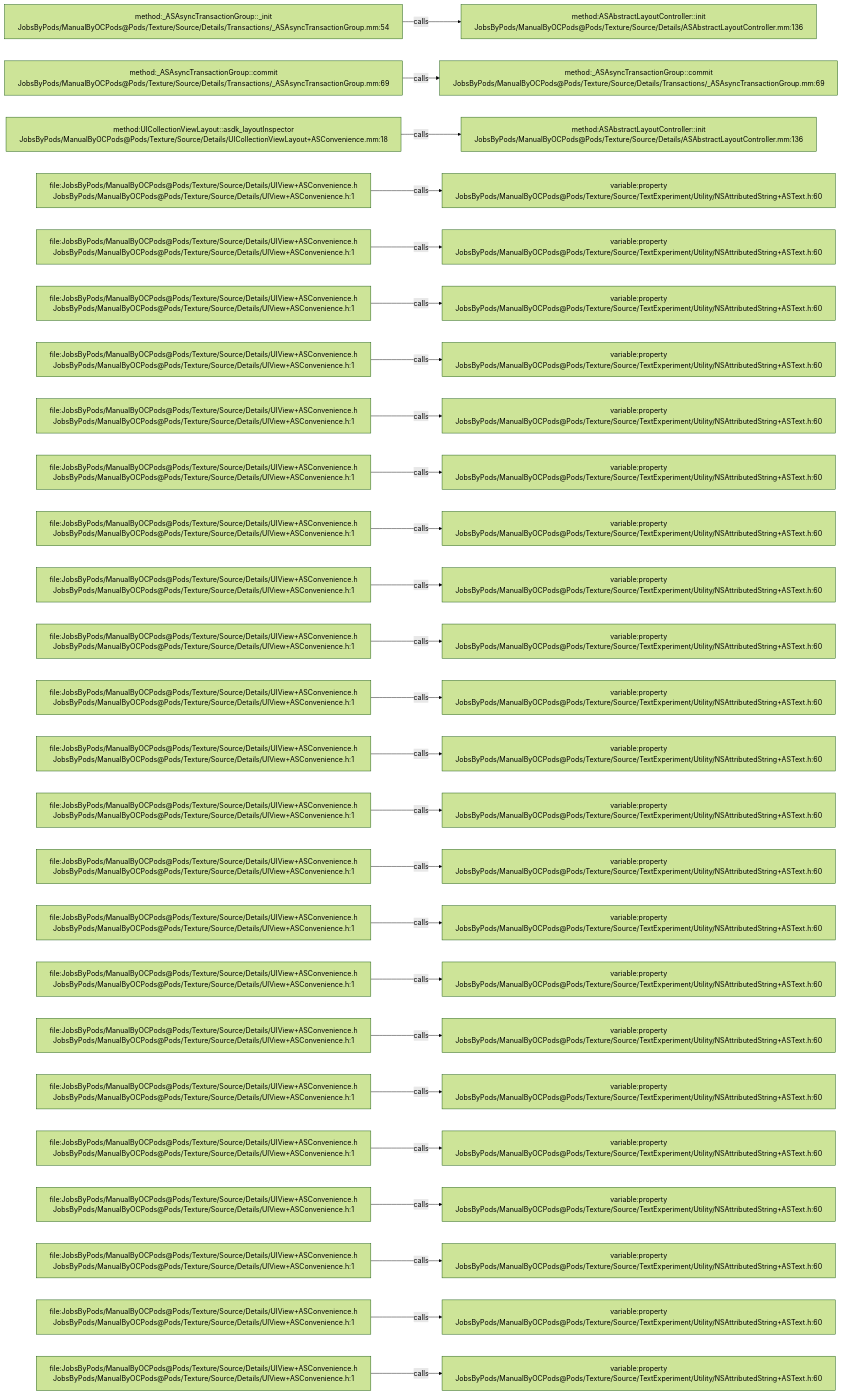
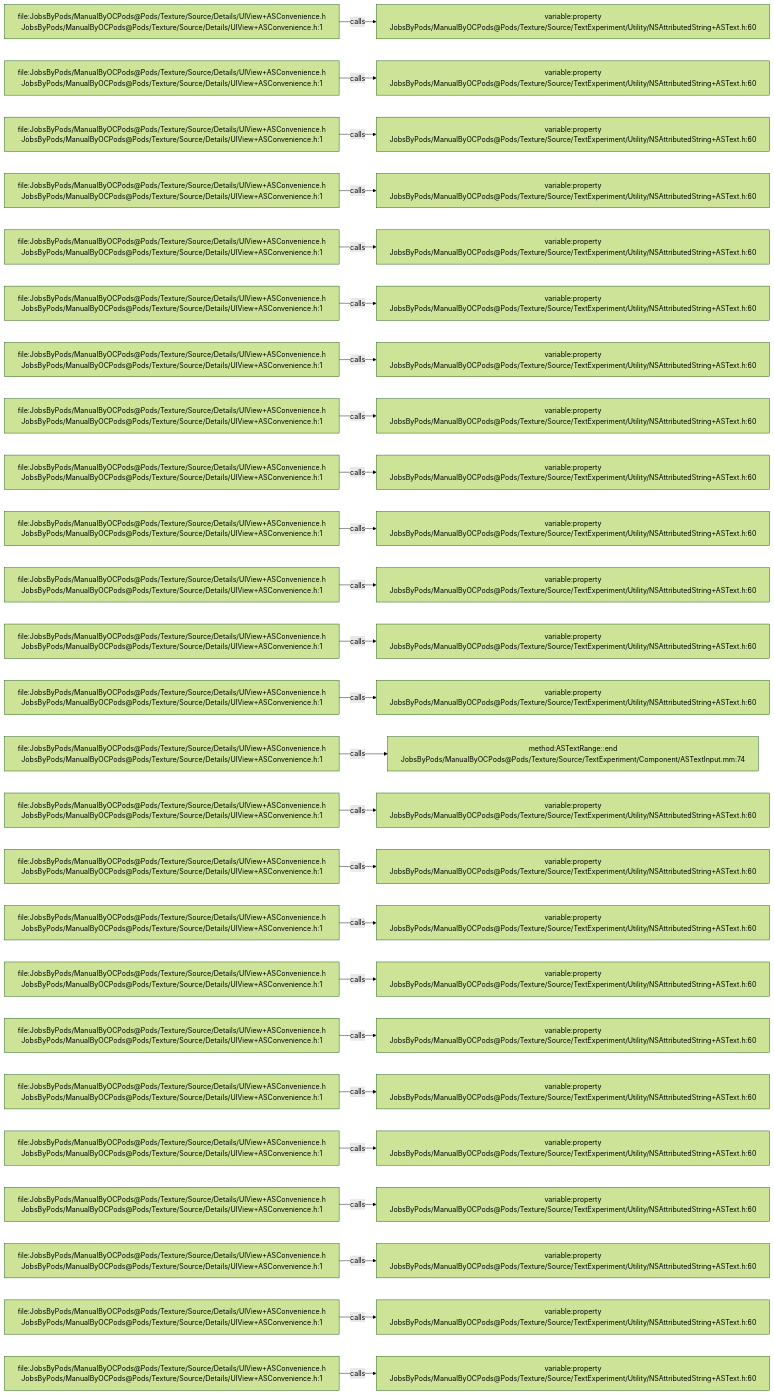
Before and after one commit to JobsKits/JobsOCBaseConfigDemo: the diagram in .codegraph/codegraph.md/graphs/calls-171.md, drawn with Mermaid (forest theme). The commit also changed 296 other files, not shown here.

````diff
--- a/.codegraph/codegraph.md/graphs/calls-171.md
+++ b/.codegraph/codegraph.md/graphs/calls-171.md
@@ -13,78 +13,78 @@
 ```mermaid
 flowchart LR
-  S1["method:_ASAsyncTransactionGroup::_init<br/>JobsByPods/ManualByOCPods@Pods/Texture/Source/Details/Transactions/_ASAsyncTransactionGroup.mm:54"]
-  T1["method:ASAbstractLayoutController::init<br/>JobsByPods/ManualByOCPods@Pods/Texture/Source/Details/ASAbstractLayoutController.mm:136"]
+  S1["file:JobsByPods/ManualByOCPods@Pods/Texture/Source/Details/UIView+ASConvenience.h<br/>JobsByPods/ManualByOCPods@Pods/Texture/Source/Details/UIView+ASConvenience.h:1"]
+  T1["variable:property<br/>JobsByPods/ManualByOCPods@Pods/Texture/Source/TextExperiment/Utility/NSAttributedString+ASText.h:60"]
   S1 -->|calls| T1
-  S2["method:_ASAsyncTransactionGroup::commit<br/>JobsByPods/ManualByOCPods@Pods/Texture/Source/Details/Transactions/_ASAsyncTransactionGroup.mm:69"]
-  T2["method:_ASAsyncTransactionGroup::commit<br/>JobsByPods/ManualByOCPods@Pods/Texture/Source/Details/Transactions/_ASAsyncTransactionGroup.mm:69"]
+  S2["file:JobsByPods/ManualByOCPods@Pods/Texture/Source/Details/UIView+ASConvenience.h<br/>JobsByPods/ManualByOCPods@Pods/Texture/Source/Details/UIView+ASConvenience.h:1"]
+  T2["variable:property<br/>JobsByPods/ManualByOCPods@Pods/Texture/Source/TextExperiment/Utility/NSAttributedString+ASText.h:60"]
   S2 -->|calls| T2
-  S3["method:UICollectionViewLayout::asdk_layoutInspector<br/>JobsByPods/ManualByOCPods@Pods/Texture/Source/Details/UICollectionViewLayout+ASConvenience.mm:18"]
-  T3["method:ASAbstractLayoutController::init<br/>JobsByPods/ManualByOCPods@Pods/Texture/Source/Details/ASAbstractLayoutController.mm:136"]
+  S3["file:JobsByPods/ManualByOCPods@Pods/Texture/Source/Details/UIView+ASConvenience.h<br/>JobsByPods/ManualByOCPods@Pods/Texture/Source/Details/UIView+ASConvenience.h:1"]
+  T3["variable:property<br/>JobsByPods/ManualByOCPods@Pods/Texture/Source/TextExperiment/Utility/NSAttributedString+ASText.h:60"]
   S3 -->|calls| T3
   S4["file:JobsByPods/ManualByOCPods@Pods/Texture/Source/Details/UIView+ASConvenience.h<br/>JobsByPods/ManualByOCPods@Pods/Texture/Source/Details/UIView+ASConvenience.h:1"]
   T4["variable:property<br/>JobsByPods/ManualByOCPods@Pods/Texture/Source/TextExperiment/Utility/NSAttributedString+ASText.h:60"]
   S4 -->|calls| T4
   S5["file:JobsByPods/ManualByOCPods@Pods/Texture/Source/Details/UIView+ASConvenience.h<br/>JobsByPods/ManualByOCPods@Pods/Texture/Source/Details/UIView+ASConvenience.h:1"]
   T5["variable:property<br/>JobsByPods/ManualByOCPods@Pods/Texture/Source/TextExperiment/Utility/NSAttributedString+ASText.h:60"]
   S5 -->|calls| T5
   S6["file:JobsByPods/ManualByOCPods@Pods/Texture/Source/Details/UIView+ASConvenience.h<br/>JobsByPods/ManualByOCPods@Pods/Texture/Source/Details/UIView+ASConvenience.h:1"]
   T6["variable:property<br/>JobsByPods/ManualByOCPods@Pods/Texture/Source/TextExperiment/Utility/NSAttributedString+ASText.h:60"]
   S6 -->|calls| T6
   S7["file:JobsByPods/ManualByOCPods@Pods/Texture/Source/Details/UIView+ASConvenience.h<br/>JobsByPods/ManualByOCPods@Pods/Texture/Source/Details/UIView+ASConvenience.h:1"]
   T7["variable:property<br/>JobsByPods/ManualByOCPods@Pods/Texture/Source/TextExperiment/Utility/NSAttributedString+ASText.h:60"]
   S7 -->|calls| T7
   S8["file:JobsByPods/ManualByOCPods@Pods/Texture/Source/Details/UIView+ASConvenience.h<br/>JobsByPods/ManualByOCPods@Pods/Texture/Source/Details/UIView+ASConvenience.h:1"]
   T8["variable:property<br/>JobsByPods/ManualByOCPods@Pods/Texture/Source/TextExperiment/Utility/NSAttributedString+ASText.h:60"]
   S8 -->|calls| T8
   S9["file:JobsByPods/ManualByOCPods@Pods/Texture/Source/Details/UIView+ASConvenience.h<br/>JobsByPods/ManualByOCPods@Pods/Texture/Source/Details/UIView+ASConvenience.h:1"]
   T9["variable:property<br/>JobsByPods/ManualByOCPods@Pods/Texture/Source/TextExperiment/Utility/NSAttributedString+ASText.h:60"]
   S9 -->|calls| T9
   S10["file:JobsByPods/ManualByOCPods@Pods/Texture/Source/Details/UIView+ASConvenience.h<br/>JobsByPods/ManualByOCPods@Pods/Texture/Source/Details/UIView+ASConvenience.h:1"]
   T10["variable:property<br/>JobsByPods/ManualByOCPods@Pods/Texture/Source/TextExperiment/Utility/NSAttributedString+ASText.h:60"]
   S10 -->|calls| T10
   S11["file:JobsByPods/ManualByOCPods@Pods/Texture/Source/Details/UIView+ASConvenience.h<br/>JobsByPods/ManualByOCPods@Pods/Texture/Source/Details/UIView+ASConvenience.h:1"]
   T11["variable:property<br/>JobsByPods/ManualByOCPods@Pods/Texture/Source/TextExperiment/Utility/NSAttributedString+ASText.h:60"]
   S11 -->|calls| T11
   S12["file:JobsByPods/ManualByOCPods@Pods/Texture/Source/Details/UIView+ASConvenience.h<br/>JobsByPods/ManualByOCPods@Pods/Texture/Source/Details/UIView+ASConvenience.h:1"]
   T12["variable:property<br/>JobsByPods/ManualByOCPods@Pods/Texture/Source/TextExperiment/Utility/NSAttributedString+ASText.h:60"]
   S12 -->|calls| T12
   S13["file:JobsByPods/ManualByOCPods@Pods/Texture/Source/Details/UIView+ASConvenience.h<br/>JobsByPods/ManualByOCPods@Pods/Texture/Source/Details/UIView+ASConvenience.h:1"]
   T13["variable:property<br/>JobsByPods/ManualByOCPods@Pods/Texture/Source/TextExperiment/Utility/NSAttributedString+ASText.h:60"]
   S13 -->|calls| T13
   S14["file:JobsByPods/ManualByOCPods@Pods/Texture/Source/Details/UIView+ASConvenience.h<br/>JobsByPods/ManualByOCPods@Pods/Texture/Source/Details/UIView+ASConvenience.h:1"]
-  T14["variable:property<br/>JobsByPods/ManualByOCPods@Pods/Texture/Source/TextExperiment/Utility/NSAttributedString+ASText.h:60"]
+  T14["method:ASTextRange::end<br/>JobsByPods/ManualByOCPods@Pods/Texture/Source/TextExperiment/Component/ASTextInput.mm:74"]
   S14 -->|calls| T14
   S15["file:JobsByPods/ManualByOCPods@Pods/Texture/Source/Details/UIView+ASConvenience.h<br/>JobsByPods/ManualByOCPods@Pods/Texture/Source/Details/UIView+ASConvenience.h:1"]
   T15["variable:property<br/>JobsByPods/ManualByOCPods@Pods/Texture/Source/TextExperiment/Utility/NSAttributedString+ASText.h:60"]
   S15 -->|calls| T15
   S16["file:JobsByPods/ManualByOCPods@Pods/Texture/Source/Details/UIView+ASConvenience.h<br/>JobsByPods/ManualByOCPods@Pods/Texture/Source/Details/UIView+ASConvenience.h:1"]
   T16["variable:property<br/>JobsByPods/ManualByOCPods@Pods/Texture/Source/TextExperiment/Utility/NSAttributedString+ASText.h:60"]
   S16 -->|calls| T16
   S17["file:JobsByPods/ManualByOCPods@Pods/Texture/Source/Details/UIView+ASConvenience.h<br/>JobsByPods/ManualByOCPods@Pods/Texture/Source/Details/UIView+ASConvenience.h:1"]
   T17["variable:property<br/>JobsByPods/ManualByOCPods@Pods/Texture/Source/TextExperiment/Utility/NSAttributedString+ASText.h:60"]
   S17 -->|calls| T17
   S18["file:JobsByPods/ManualByOCPods@Pods/Texture/Source/Details/UIView+ASConvenience.h<br/>JobsByPods/ManualByOCPods@Pods/Texture/Source/Details/UIView+ASConvenience.h:1"]
   T18["variable:property<br/>JobsByPods/ManualByOCPods@Pods/Texture/Source/TextExperiment/Utility/NSAttributedString+ASText.h:60"]
   S18 -->|calls| T18
   S19["file:JobsByPods/ManualByOCPods@Pods/Texture/Source/Details/UIView+ASConvenience.h<br/>JobsByPods/ManualByOCPods@Pods/Texture/Source/Details/UIView+ASConvenience.h:1"]
   T19["variable:property<br/>JobsByPods/ManualByOCPods@Pods/Texture/Source/TextExperiment/Utility/NSAttributedString+ASText.h:60"]
   S19 -->|calls| T19
   S20["file:JobsByPods/ManualByOCPods@Pods/Texture/Source/Details/UIView+ASConvenience.h<br/>JobsByPods/ManualByOCPods@Pods/Texture/Source/Details/UIView+ASConvenience.h:1"]
   T20["variable:property<br/>JobsByPods/ManualByOCPods@Pods/Texture/Source/TextExperiment/Utility/NSAttributedString+ASText.h:60"]
   S20 -->|calls| T20
   S21["file:JobsByPods/ManualByOCPods@Pods/Texture/Source/Details/UIView+ASConvenience.h<br/>JobsByPods/ManualByOCPods@Pods/Texture/Source/Details/UIView+ASConvenience.h:1"]
   T21["variable:property<br/>JobsByPods/ManualByOCPods@Pods/Texture/Source/TextExperiment/Utility/NSAttributedString+ASText.h:60"]
   S21 -->|calls| T21
   S22["file:JobsByPods/ManualByOCPods@Pods/Texture/Source/Details/UIView+ASConvenience.h<br/>JobsByPods/ManualByOCPods@Pods/Texture/Source/Details/UIView+ASConvenience.h:1"]
   T22["variable:property<br/>JobsByPods/ManualByOCPods@Pods/Texture/Source/TextExperiment/Utility/NSAttributedString+ASText.h:60"]
   S22 -->|calls| T22
   S23["file:JobsByPods/ManualByOCPods@Pods/Texture/Source/Details/UIView+ASConvenience.h<br/>JobsByPods/ManualByOCPods@Pods/Texture/Source/Details/UIView+ASConvenience.h:1"]
   T23["variable:property<br/>JobsByPods/ManualByOCPods@Pods/Texture/Source/TextExperiment/Utility/NSAttributedString+ASText.h:60"]
   S23 -->|calls| T23
   S24["file:JobsByPods/ManualByOCPods@Pods/Texture/Source/Details/UIView+ASConvenience.h<br/>JobsByPods/ManualByOCPods@Pods/Texture/Source/Details/UIView+ASConvenience.h:1"]
   T24["variable:property<br/>JobsByPods/ManualByOCPods@Pods/Texture/Source/TextExperiment/Utility/NSAttributedString+ASText.h:60"]
   S24 -->|calls| T24
   S25["file:JobsByPods/ManualByOCPods@Pods/Texture/Source/Details/UIView+ASConvenience.h<br/>JobsByPods/ManualByOCPods@Pods/Texture/Source/Details/UIView+ASConvenience.h:1"]
   T25["variable:property<br/>JobsByPods/ManualByOCPods@Pods/Texture/Source/TextExperiment/Utility/NSAttributedString+ASText.h:60"]
   S25 -->|calls| T25
 ```
````
